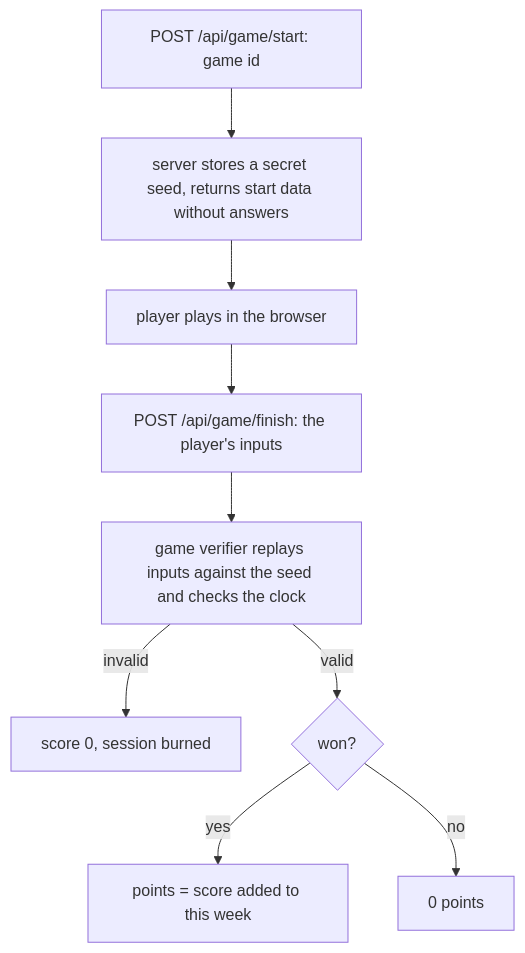
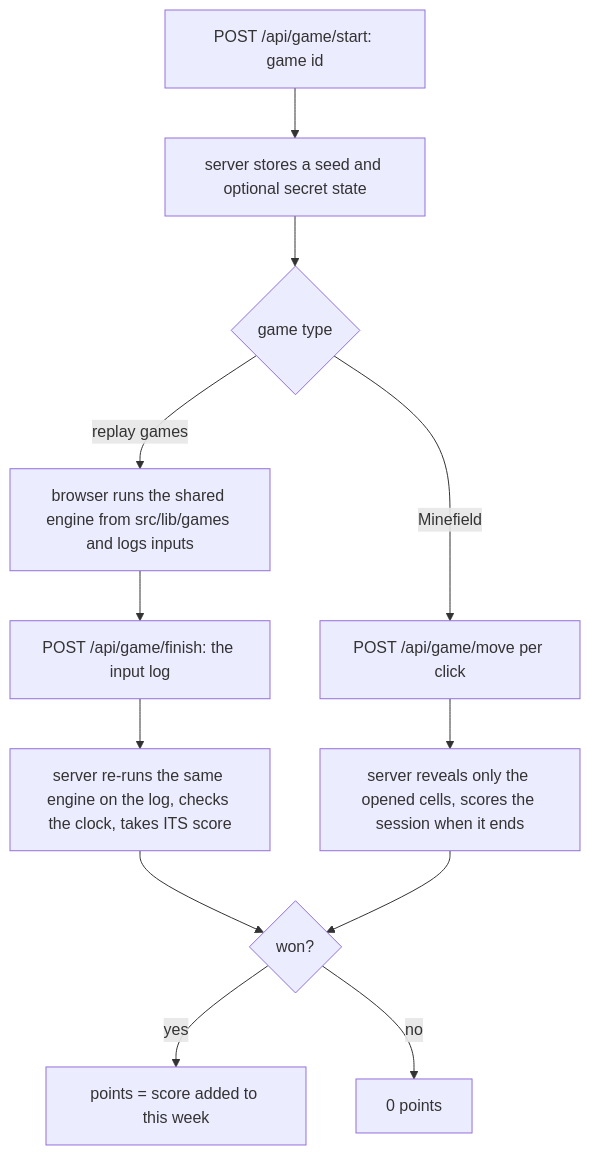
The third of 4 diagrams in README.md (davide963-ux/cr-gr), drawn with Mermaid before and after one commit. The commit also changed other lines of this file and 23 other files, not shown here.

First line of the commit message:
Add four games: Block Stack, Brick Chaos, Minefield, Color Sort

````diff
--- a/README.md
+++ b/README.md
@@ -31,11 +36,14 @@
 ```mermaid
 flowchart TD
-  S[POST /api/game/start: game id] --> SEED[server stores a secret seed, returns start data without answers]
-  SEED --> P[player plays in the browser]
-  P --> F[POST /api/game/finish: the player's inputs]
-  F --> V[game verifier replays inputs against the seed and checks the clock]
-  V -- invalid --> Z[score 0, session burned]
-  V -- valid --> W{won?}
+  S[POST /api/game/start: game id] --> SEED[server stores a seed and optional secret state]
+  SEED --> K{game type}
+  K -- replay games --> P[browser runs the shared engine from src/lib/games and logs inputs]
+  P --> F[POST /api/game/finish: the input log]
+  F --> V[server re-runs the same engine on the log, checks the clock, takes ITS score]
+  K -- Minefield --> M[POST /api/game/move per click]
+  M --> R[server reveals only the opened cells, scores the session when it ends]
+  V --> W{won?}
+  R --> W
   W -- yes --> PTS[points = score added to this week]
   W -- no --> N[0 points]
 ```
````
